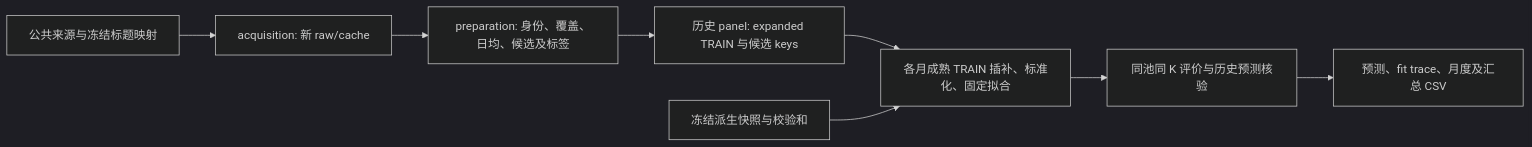
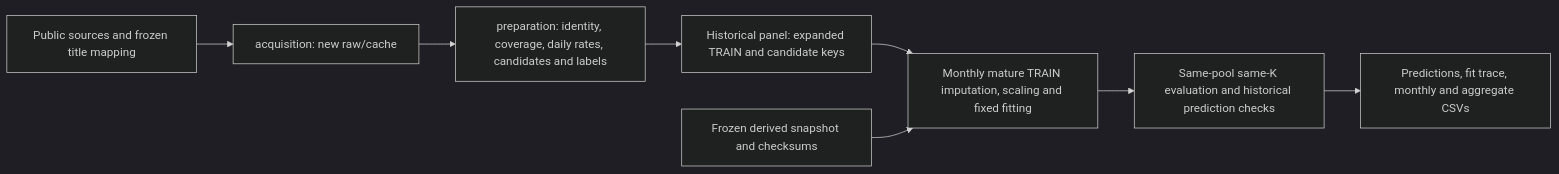
One commit to Lyleeeeeeee/10718_MLinPractice changed the diagram in wikiflow/docs/design.md. Above: the diagram before and after it, drawn with Mermaid (dark theme). The commit also changed other lines of this file and 2 other files, not shown here.

````diff
--- a/wikiflow/docs/design.md
+++ b/wikiflow/docs/design.md
@@ -15,10 +15,10 @@
 ```mermaid
 flowchart LR
-    A[公共来源与冻结标题映射] --> B[acquisition: 新 raw/cache]
-    B --> C[preparation: 身份、覆盖、日均、候选及标签]
-    C --> D[历史 panel: expanded TRAIN 与候选 keys]
-    D --> E[各月成熟 TRAIN 插补、标准化、固定拟合]
-    E --> F[同池同 K 评价与历史预测核验]
-    S[冻结派生快照与校验和] --> E
-    F --> G[预测、fit trace、月度及汇总 CSV]
+    A[Public sources and frozen title mapping] --> B[acquisition: new raw/cache]
+    B --> C[preparation: identity, coverage, daily rates, candidates and labels]
+    C --> D[Historical panel: expanded TRAIN and candidate keys]
+    D --> E[Monthly mature TRAIN imputation, scaling and fixed fitting]
+    E --> F[Same-pool same-K evaluation and historical prediction checks]
+    S[Frozen derived snapshot and checksums] --> E
+    F --> G[Predictions, fit trace, monthly and aggregate CSVs]
 ```
````
